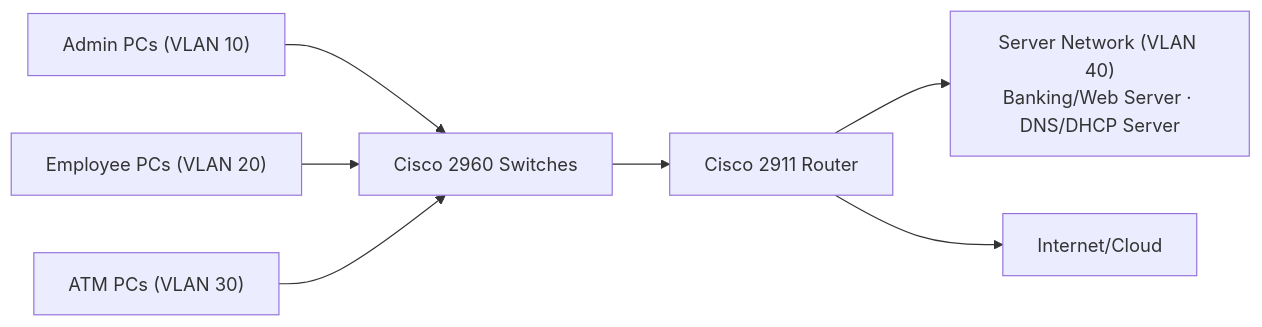
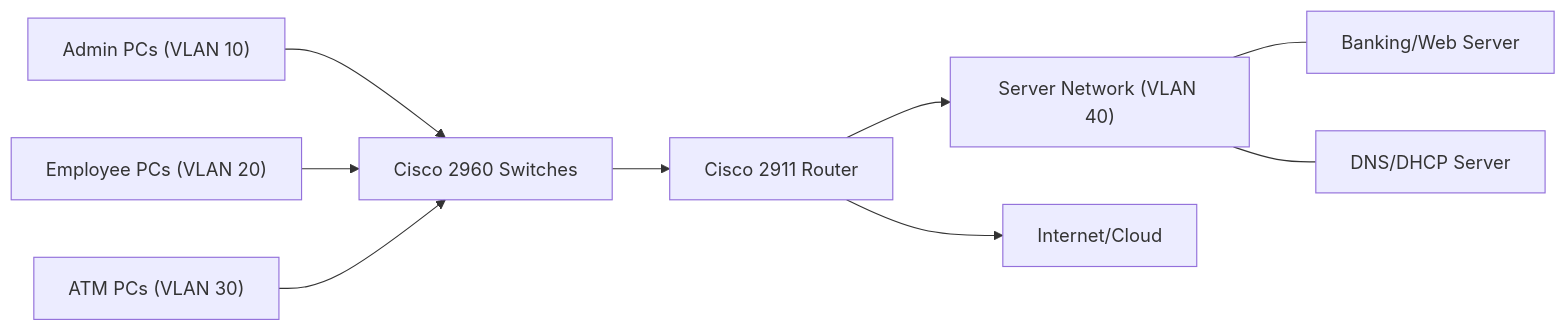
One commit to andyydz/bank-secure-network changed the diagram in documentation/Network-Design.md. Above: the diagram before and after it, drawn with Mermaid. The commit also changed other lines of this file, not shown here.

````diff
--- a/documentation/Network-Design.md
+++ b/documentation/Network-Design.md
@@ -141,9 +151,11 @@
 ```mermaid
 flowchart LR
     A["Admin PCs (VLAN 10)"] --> S["Cisco 2960 Switches"]
     B["Employee PCs (VLAN 20)"] --> S
     C["ATM PCs (VLAN 30)"] --> S
     S --> R["Cisco 2911 Router"]
-    R --> V["Server Network (VLAN 40)<br/>Banking/Web Server · DNS/DHCP Server"]
+    R --> V["Server Network (VLAN 40)"]
+    V --- BS["Banking/Web Server"]
+    V --- DS["DNS/DHCP Server"]
     R --> I["Internet/Cloud"]
 ```
````
